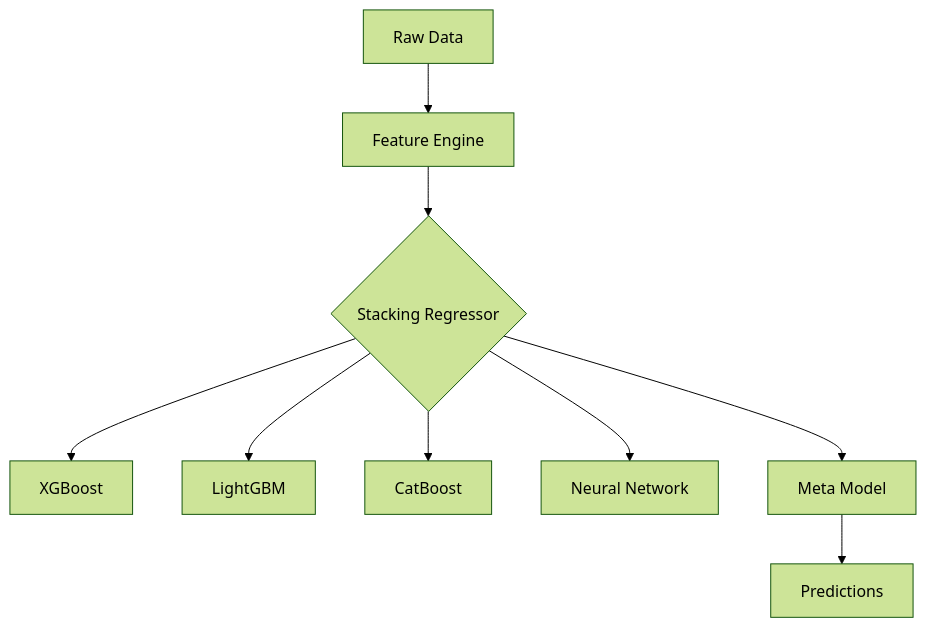
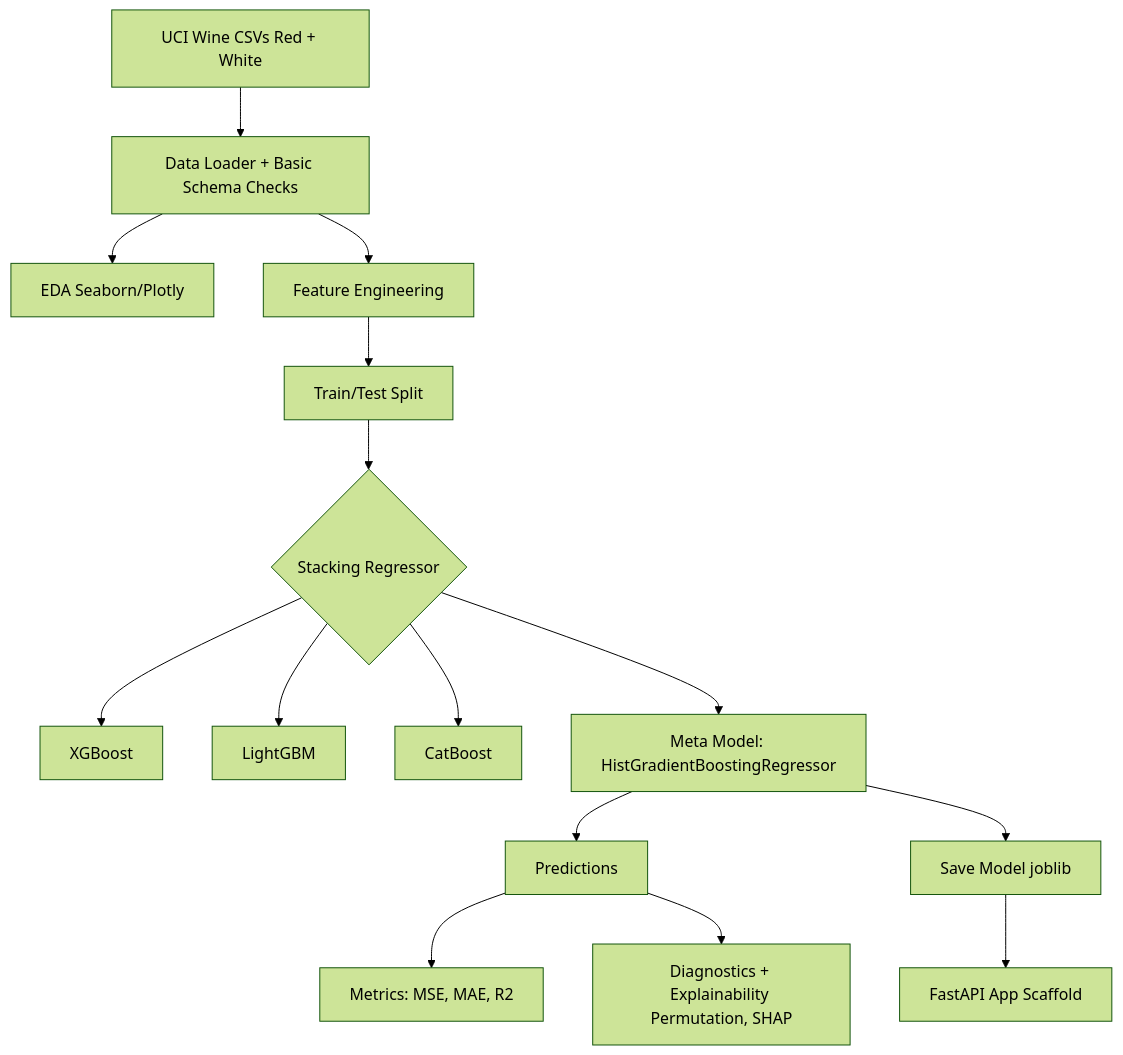
The diagram in README.md (sherurox/Advanced-Wine-Quality-Analysis), drawn with Mermaid (forest theme) before and after one commit. The commit also changed other lines of this file, not shown here.

````diff
--- a/README.md
+++ b/README.md
@@ -491,11 +109,17 @@
 ```mermaid
 graph TD
-    A[Raw Data] --> B[Feature Engine]
-    B --> C{Stacking Regressor}
-    C --> D[XGBoost]
-    C --> E[LightGBM]
-    C --> F[CatBoost]
-    C --> G[Neural Network]
-    C --> H[Meta Model]
-    H --> I[Predictions]
+    A[UCI Wine CSVs Red + White] --> B[Data Loader + Basic Schema Checks]
+    B --> C[EDA Seaborn/Plotly]
+    B --> D[Feature Engineering]
+    D --> E[Train/Test Split]
+    E --> F{Stacking Regressor}
+    F --> G[XGBoost]
+    F --> H[LightGBM]
+    F --> I[CatBoost]
+    F --> J[Meta Model: HistGradientBoostingRegressor]
+    J --> K[Predictions]
+    K --> L[Metrics: MSE, MAE, R2]
+    K --> M[Diagnostics + Explainability Permutation, SHAP]
+    J --> N[Save Model joblib]
+    N --> O[FastAPI App Scaffold]
 ```
````
